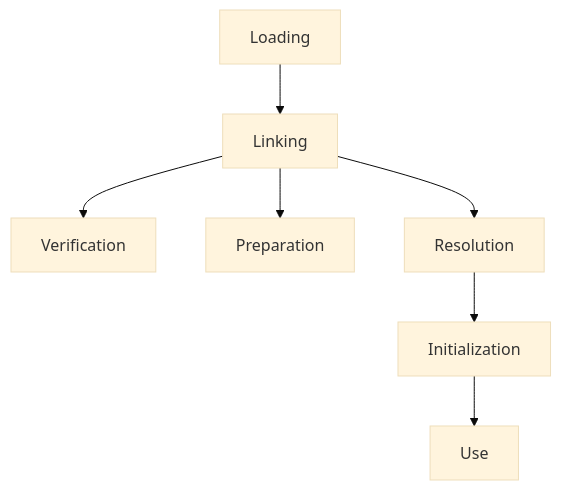
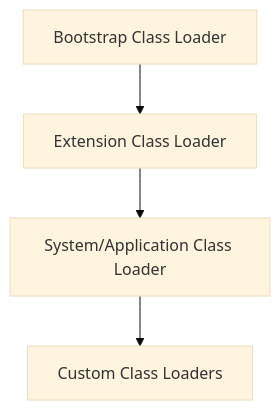
Before and after one commit to VrushankPatel/interview-matters: the second of 2 diagrams in jvm-internals-and-class-loading/README.md, drawn with Mermaid (base theme). The commit also changed other lines of this file and 5 other files, not shown here.

````diff
--- a/jvm-internals-and-class-loading/README.md
+++ b/jvm-internals-and-class-loading/README.md
@@ -68,9 +47,6 @@
 ```mermaid
 graph TD
-    A[Loading] --> B[Linking]
-    B --> C[Verification]
-    B --> D[Preparation]
-    B --> E[Resolution]
-    F[Initialization] --> G[Use]
-    E --> F
+    A[Bootstrap Class Loader] --> B[Extension Class Loader]
+    B --> C[System/Application Class Loader]
+    C --> D[Custom Class Loaders]
 ```
````
